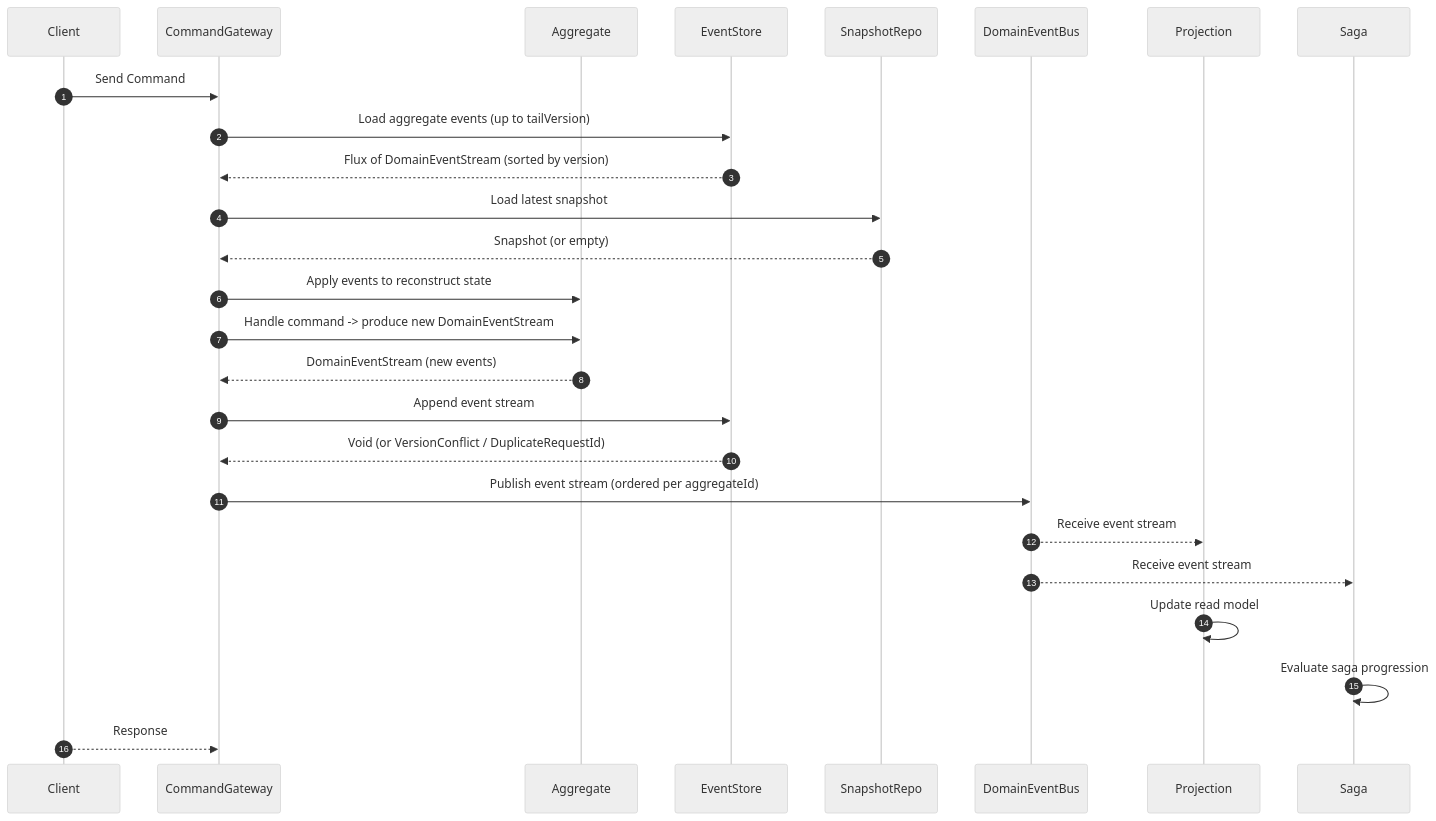
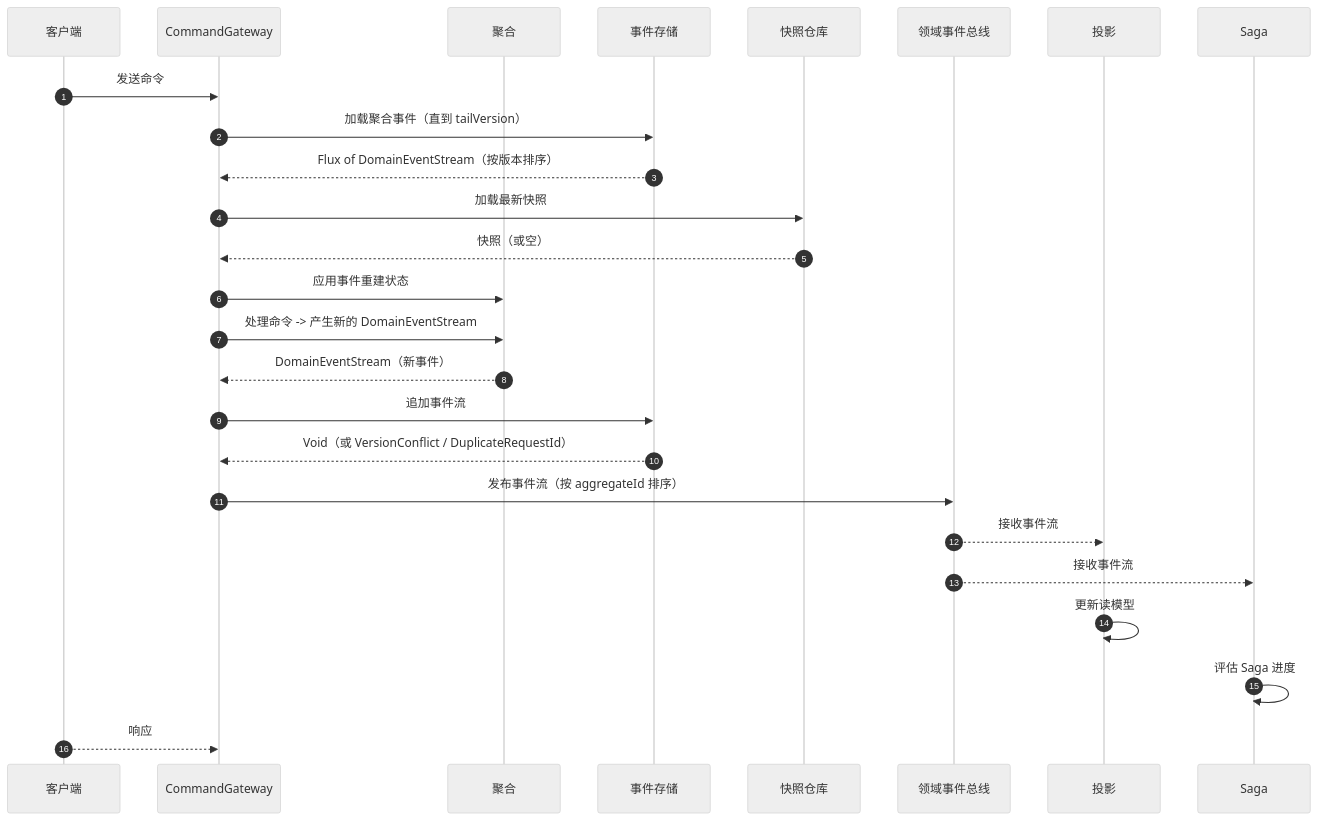
One commit to Ahoo-Wang/Wow changed the second of 4 diagrams in documentation/docs/zh/guide/eventstore.md. Above: the diagram before and after it, drawn with Mermaid (neutral theme). The commit also changed other lines of this file and 11 other files, not shown here.

````diff
--- a/documentation/docs/zh/guide/eventstore.md
+++ b/documentation/docs/zh/guide/eventstore.md
@@ -98,29 +98,29 @@
 ```mermaid
 sequenceDiagram
     autonumber
-    participant Client
+    participant Client as 客户端
     participant CommandGateway
-    participant Aggregate
-    participant EventStore
-    participant SnapshotRepo
-    participant DomainEventBus
-    participant Projection
+    participant Aggregate as 聚合
+    participant EventStore as 事件存储
+    participant SnapshotRepo as 快照仓库
+    participant DomainEventBus as 领域事件总线
+    participant Projection as 投影
     participant Saga
 
-    Client->>CommandGateway: Send Command
-    CommandGateway->>EventStore: Load aggregate events (up to tailVersion)
-    EventStore-->>CommandGateway: Flux of DomainEventStream (sorted by version)
-    CommandGateway->>SnapshotRepo: Load latest snapshot
-    SnapshotRepo-->>CommandGateway: Snapshot (or empty)
-    CommandGateway->>Aggregate: Apply events to reconstruct state
-    CommandGateway->>Aggregate: Handle command -> produce new DomainEventStream
-    Aggregate-->>CommandGateway: DomainEventStream (new events)
-    CommandGateway->>EventStore: Append event stream
-    EventStore-->>CommandGateway: Void (or VersionConflict / DuplicateRequestId)
-    CommandGateway->>DomainEventBus: Publish event stream (ordered per aggregateId)
-    DomainEventBus-->>Projection: Receive event stream
-    DomainEventBus-->>Saga: Receive event stream
-    Projection->>Projection: Update read model
-    Saga->>Saga: Evaluate saga progression
-    Client-->>CommandGateway: Response
+    Client->>CommandGateway: 发送命令
+    CommandGateway->>EventStore: 加载聚合事件（直到 tailVersion）
+    EventStore-->>CommandGateway: Flux of DomainEventStream（按版本排序）
+    CommandGateway->>SnapshotRepo: 加载最新快照
+    SnapshotRepo-->>CommandGateway: 快照（或空）
+    CommandGateway->>Aggregate: 应用事件重建状态
+    CommandGateway->>Aggregate: 处理命令 -> 产生新的 DomainEventStream
+    Aggregate-->>CommandGateway: DomainEventStream（新事件）
+    CommandGateway->>EventStore: 追加事件流
+    EventStore-->>CommandGateway: Void（或 VersionConflict / DuplicateRequestId）
+    CommandGateway->>DomainEventBus: 发布事件流（按 aggregateId 排序）
+    DomainEventBus-->>Projection: 接收事件流
+    DomainEventBus-->>Saga: 接收事件流
+    Projection->>Projection: 更新读模型
+    Saga->>Saga: 评估 Saga 进度
+    Client-->>CommandGateway: 响应
 ```
````
